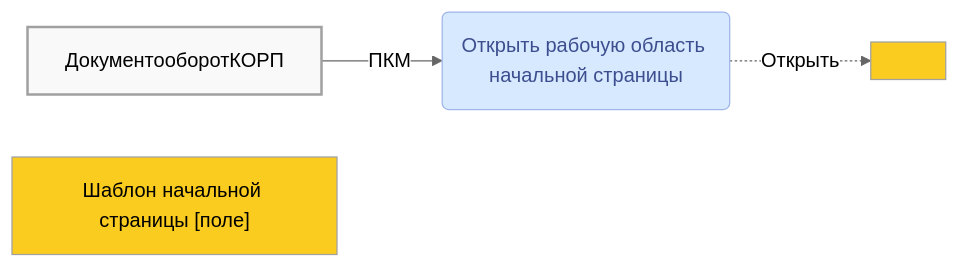
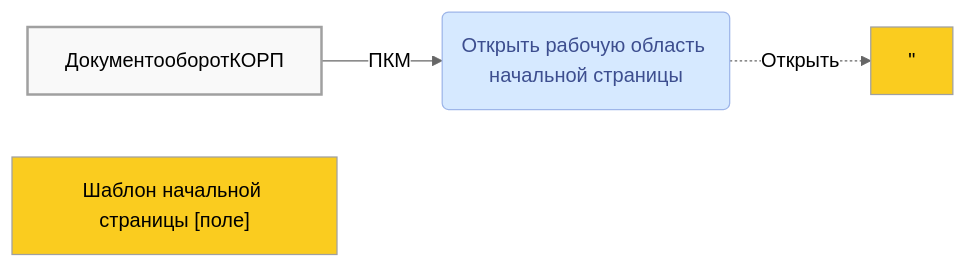
One commit to lugovoe/manual changed the third of 3 diagrams in faq/crash/main-white-window.md. Above: the diagram before and after it, drawn with Mermaid (neutral theme).

````diff
--- a/faq/crash/main-white-window.md
+++ b/faq/crash/main-white-window.md
@@ -54,12 +54,12 @@
 ``` mermaid
 flowchart LR
   b1[ДокументооборотКОРП];
   b1 -- ПКМ --> m1(Открыть рабочую область начальной страницы);
-  m1 -. Открыть .-> b0["#32;"];
+  m1 -. Открыть .-> b0["#quot;#173;"];
   b3["Шаблон начальной страницы [поле]"];
   classDef default fill:#facc1f,stroke:#a0a0a0,stroke-width:1px;
   classDef button fill:#f9f9f9,stroke-width:2px;
   classDef confmenu fill:#d6e9ff,stroke:#9eb6e9,color:#3d4e8f;
   class b1,b2 button;
   class m1 confmenu;
 ```
````
